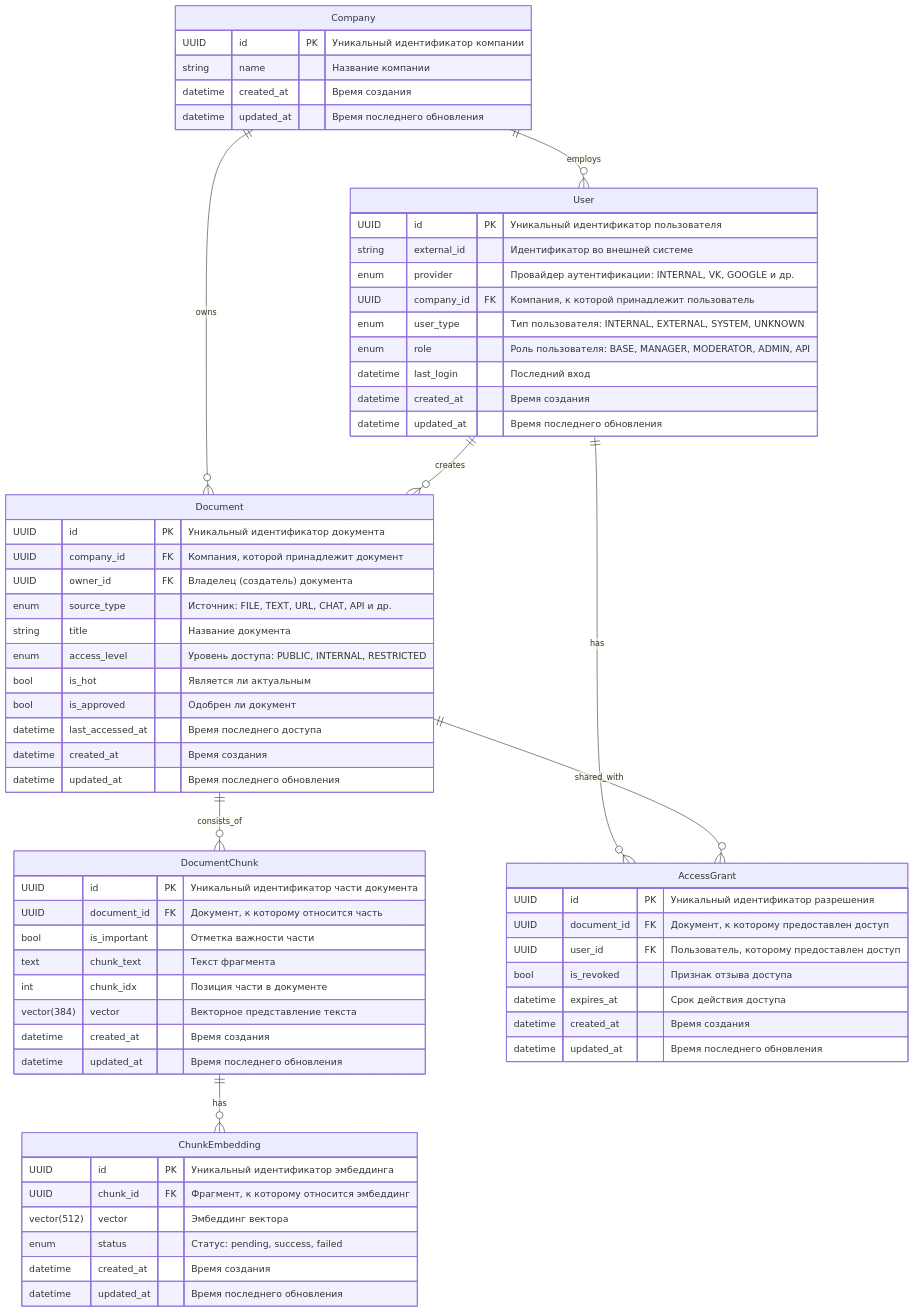
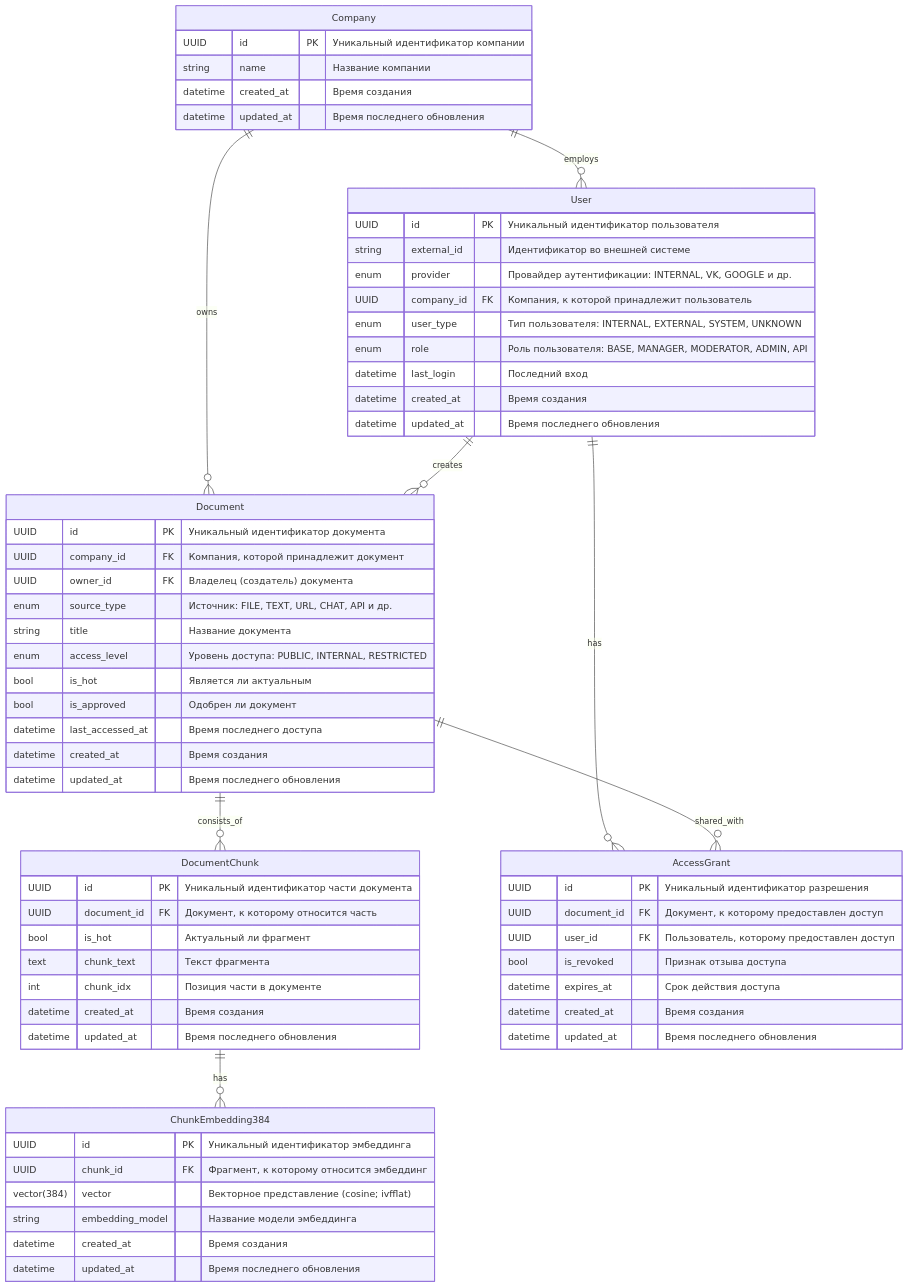
Before and after one commit to Vovanda/AVOX: the diagram in avox_services/knowledge_service/app/models/README.md, drawn with Mermaid. The commit also changed other lines of this file and 34 other files, not shown here.

````diff
--- a/avox_services/knowledge_service/app/models/README.md
+++ b/avox_services/knowledge_service/app/models/README.md
@@ -1,82 +5,81 @@
 ```mermaid
 erDiagram
 
     %% Компании
     Company {
         UUID id PK "Уникальный идентификатор компании"
         string name "Название компании"
         datetime created_at "Время создания"
         datetime updated_at "Время последнего обновления"
     }
 
     %% Пользователи
     User {
         UUID id PK "Уникальный идентификатор пользователя"
         string external_id "Идентификатор во внешней системе"
         enum provider "Провайдер аутентификации: INTERNAL, VK, GOOGLE и др."
         UUID company_id FK "Компания, к которой принадлежит пользователь"
         enum user_type "Тип пользователя: INTERNAL, EXTERNAL, SYSTEM, UNKNOWN"
         enum role "Роль пользователя: BASE, MANAGER, MODERATOR, ADMIN, API"
         datetime last_login "Последний вход"
         datetime created_at "Время создания"
         datetime updated_at "Время последнего обновления"
     }
 
     %% Документы
     Document {
         UUID id PK "Уникальный идентификатор документа"
         UUID company_id FK "Компания, которой принадлежит документ"
         UUID owner_id FK "Владелец (создатель) документа"
         enum source_type "Источник: FILE, TEXT, URL, CHAT, API и др."
         string title "Название документа"
         enum access_level "Уровень доступа: PUBLIC, INTERNAL, RESTRICTED"
         bool is_hot "Является ли актуальным"
         bool is_approved "Одобрен ли документ"
         datetime last_accessed_at "Время последнего доступа"
         datetime created_at "Время создания"
         datetime updated_at "Время последнего обновления"
     }
 
     %% Части документа
     DocumentChunk {
         UUID id PK "Уникальный идентификатор части документа"
         UUID document_id FK "Документ, к которому относится часть"
-        bool is_important "Отметка важности части"
+        bool is_hot "Актуальный ли фрагмент"
         text chunk_text "Текст фрагмента"
         int chunk_idx "Позиция части в документе"
-        vector(384) vector "Векторное представление текста"
         datetime created_at "Время создания"
         datetime updated_at "Время последнего обновления"
     }
 
     %% Эмбеддинги
-    ChunkEmbedding {
+    ChunkEmbedding384 {
         UUID id PK "Уникальный идентификатор эмбеддинга"
         UUID chunk_id FK "Фрагмент, к которому относится эмбеддинг"
-        vector(512) vector "Эмбеддинг вектора"
-        enum status "Статус: pending, success, failed"
+        vector(384) vector "Векторное представление (cosine; ivfflat)"
+        string embedding_model "Название модели эмбеддинга"
         datetime created_at "Время создания"
         datetime updated_at "Время последнего обновления"
     }
 
     %% Доступы
     AccessGrant {
         UUID id PK "Уникальный идентификатор разрешения"
         UUID document_id FK "Документ, к которому предоставлен доступ"
         UUID user_id FK "Пользователь, которому предоставлен доступ"
         bool is_revoked "Признак отзыва доступа"
         datetime expires_at "Срок действия доступа"
         datetime created_at "Время создания"
         datetime updated_at "Время последнего обновления"
     }
 
     %% СВЯЗИ
 
     Company ||--o{ User : employs
     Company ||--o{ Document : owns
     User ||--o{ Document : creates
     User ||--o{ AccessGrant : has
     Document ||--o{ DocumentChunk : consists_of
-    DocumentChunk ||--o{ ChunkEmbedding : has
+    DocumentChunk ||--o{ ChunkEmbedding384 : has
     Document ||--o{ AccessGrant : shared_with
 ```
````
